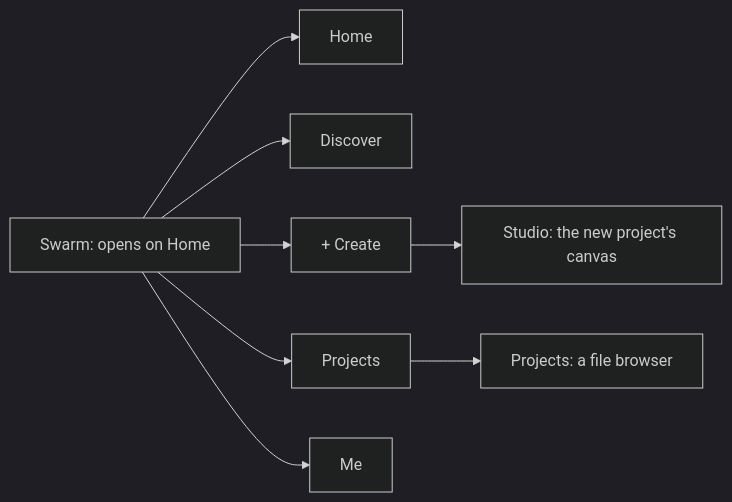
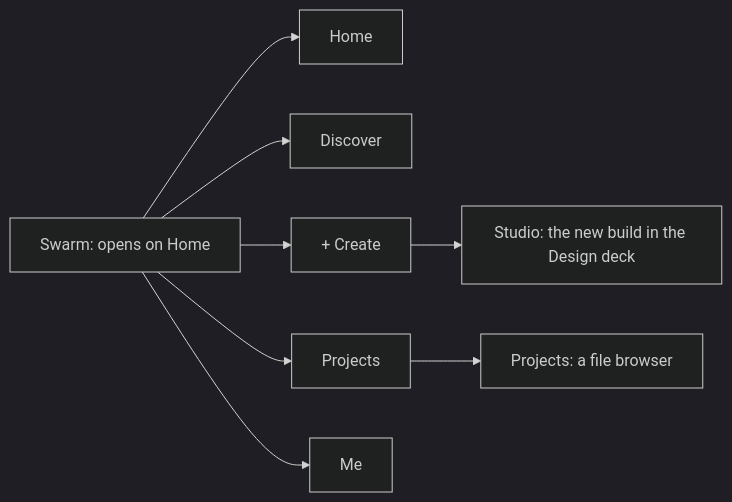
The second of 26 diagrams in docs/ux/SITEMAP.md (Pukujan/swarm-studio), drawn with Mermaid (dark theme) before and after one commit. The commit also changed other lines of this file and 10 other files, not shown here.

First line of the commit message:
Overview: the project's pages and files have their own name, and an App opens in the Design deck

````diff
--- a/docs/ux/SITEMAP.md
+++ b/docs/ux/SITEMAP.md
@@ -44,10 +44,10 @@
 ```mermaid
 flowchart LR
   APP["Swarm: opens on Home"] --> N1[Home]
   APP --> N2[Discover]
   APP --> N3["+ Create"]
   APP --> N4[Projects]
   APP --> N5[Me]
-  N3 --> ST["Studio: the new project's canvas"]
+  N3 --> ST["Studio: the new build in the Design deck"]
   N4 --> GA["Projects: a file browser"]
 ```
````
